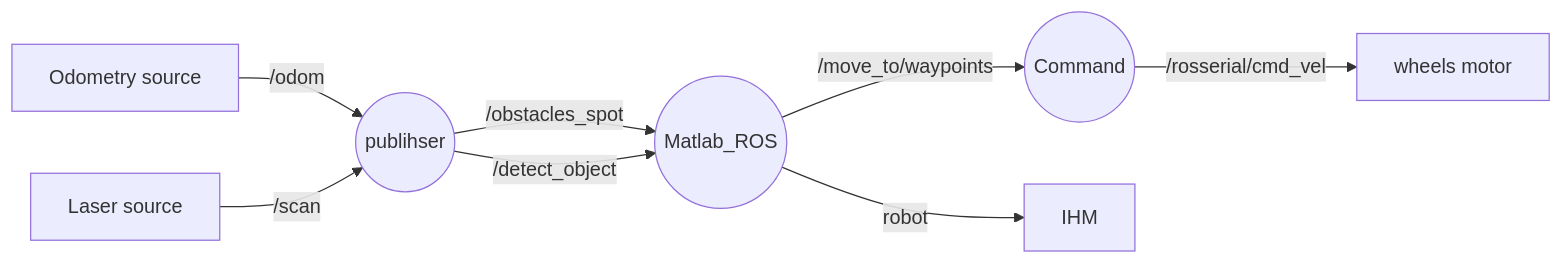
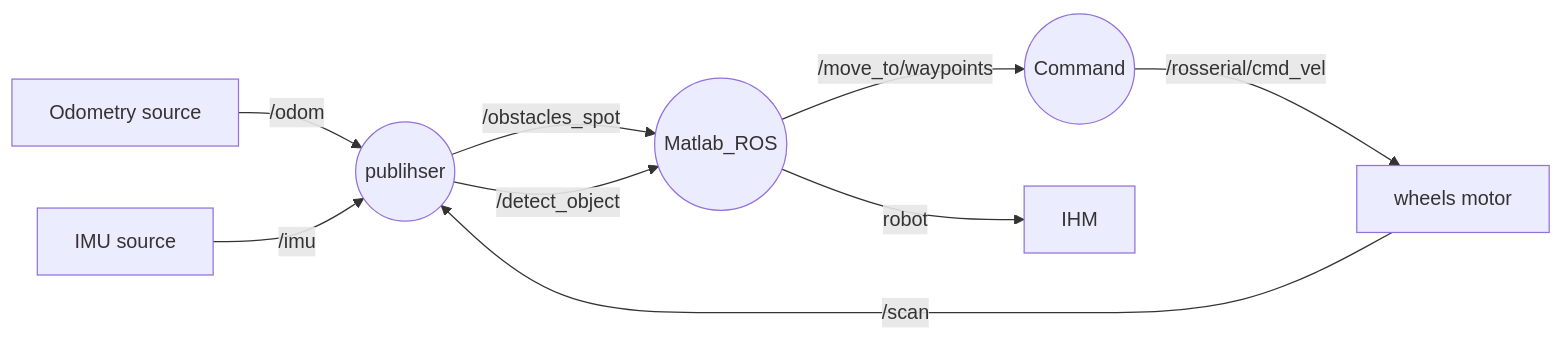
The first of 2 diagrams in README.md (estellebriand/Projet_majeure_master_5A), drawn with Mermaid before and after one commit. The commit also changed other lines of this file, not shown here.

````diff
--- a/README.md
+++ b/README.md
@@ -76,13 +76,14 @@
 ```mermaid
 graph LR
 
     T1[Odometry source] -- /odom --> Node1((publisher))
-    T2[Laser source] -- /scan --> Node1((publihser))
+    T2[IMU source] -- /imu --> Node1((publisher))
+    T3[Laser source] -- /scan --> Node1((publihser))
 
     Node2 -- /move_to/waypoints --> Node_command((Command))
     Node_command((Command)) -- /rosserial/cmd_vel --> T3[wheels motor]
 
     Node1 -- /obstacles_spot -->Node2((Matlab_ROS))
     Node1 -- /detect_object -->Node2((Matlab_ROS))
     Node2 -- robot -->IHM[IHM]
 ```
````
